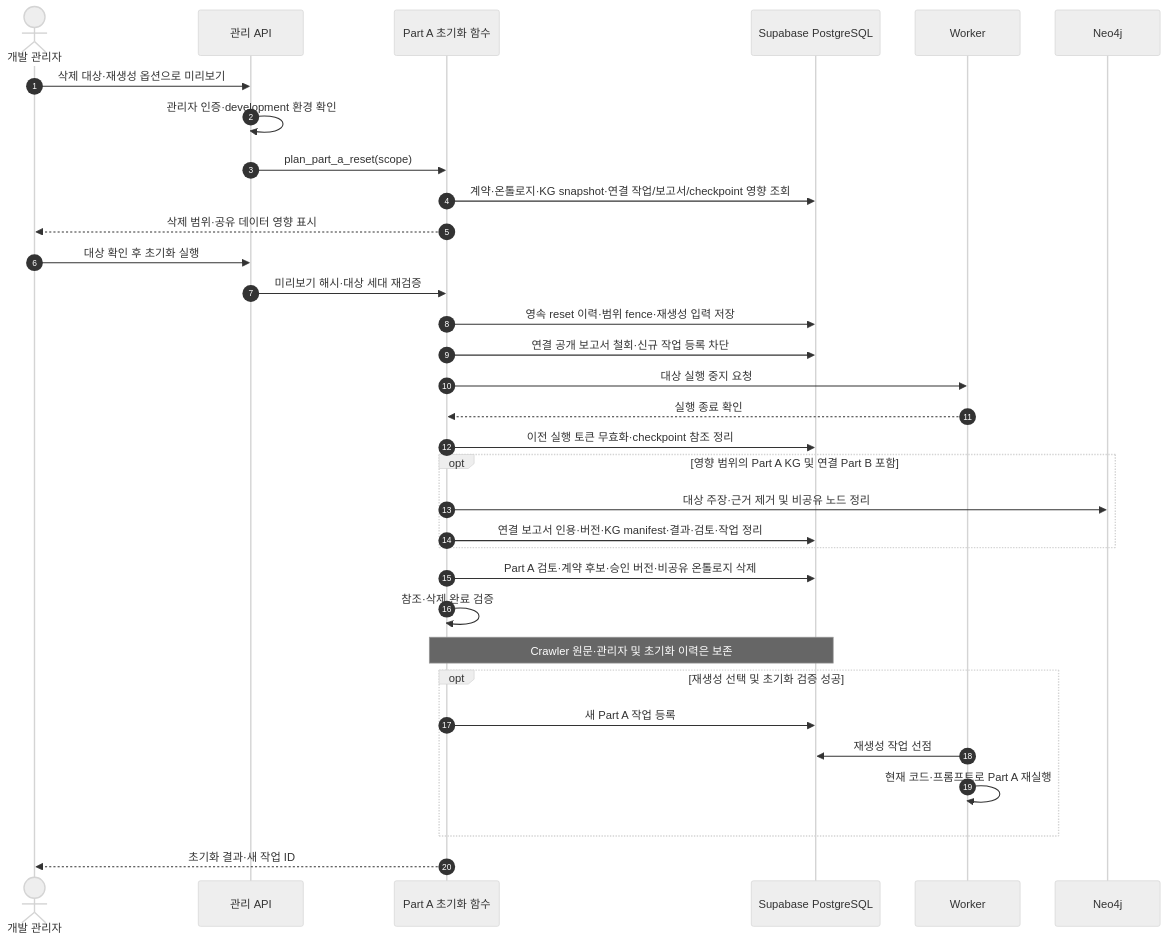
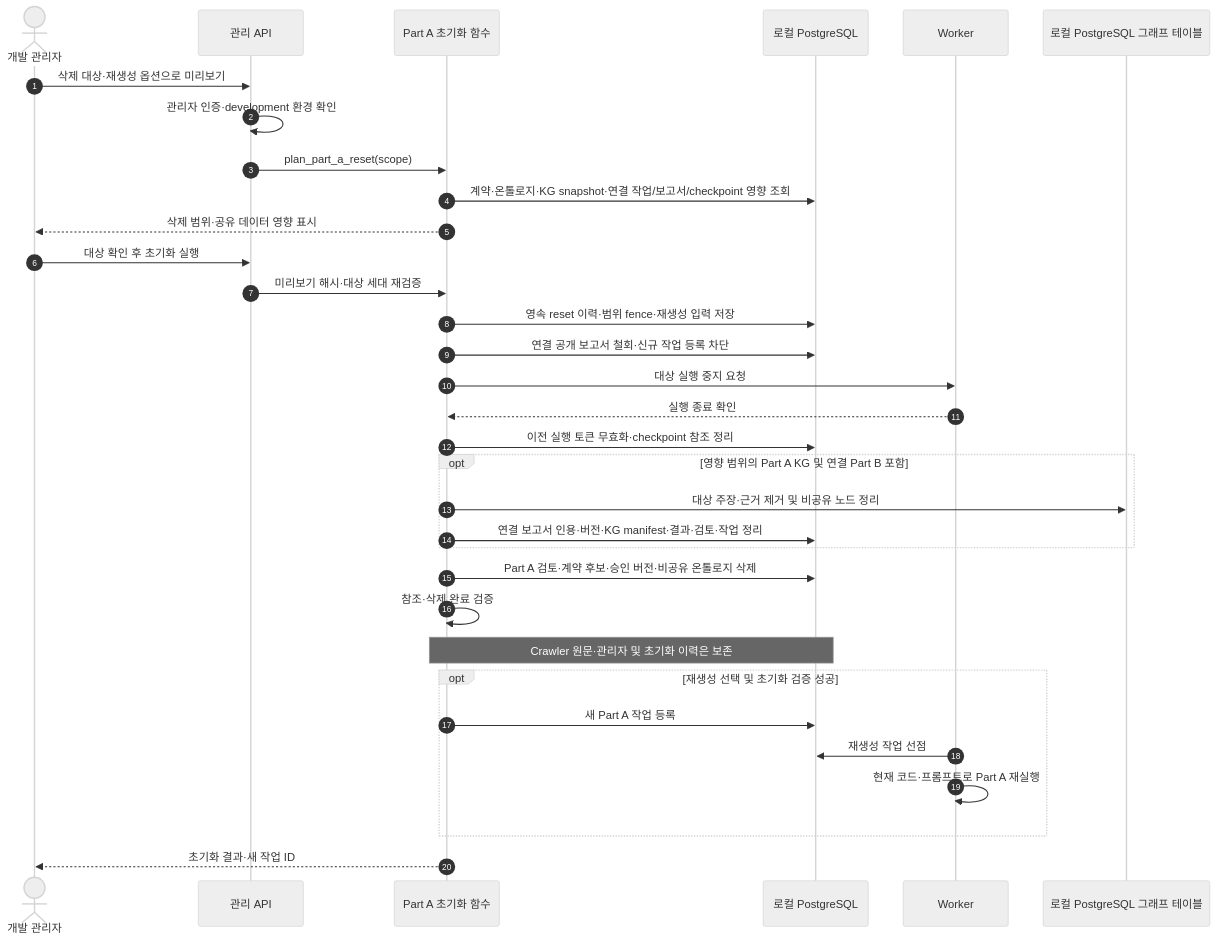
Before and after one commit to mykim711231/NewsContext: diagram 13 of 17 in docs/sequences.md, drawn with Mermaid (neutral theme). The commit also changed other lines of this file and 11 other files, not shown here.

First line of the commit message:
docs: store KG in local PostgreSQL graph tables, drop Neo4j

````diff
--- a/docs/sequences.md
+++ b/docs/sequences.md
@@ -480,35 +477,35 @@
 ```mermaid
 sequenceDiagram
     autonumber
     actor Admin as 개발 관리자
     participant API as 관리 API
     participant Reset as Part A 초기화 함수
-    participant DB as Supabase PostgreSQL
+    participant DB as 로컬 PostgreSQL
     participant Worker as Worker
-    participant KG as Neo4j
+    participant KG as 로컬 PostgreSQL 그래프 테이블
     Admin->>API: 삭제 대상·재생성 옵션으로 미리보기
     API->>API: 관리자 인증·development 환경 확인
     API->>Reset: plan_part_a_reset(scope)
     Reset->>DB: 계약·온톨로지·KG snapshot·연결 작업/보고서/checkpoint 영향 조회
     Reset-->>Admin: 삭제 범위·공유 데이터 영향 표시
     Admin->>API: 대상 확인 후 초기화 실행
     API->>Reset: 미리보기 해시·대상 세대 재검증
     Reset->>DB: 영속 reset 이력·범위 fence·재생성 입력 저장
     Reset->>DB: 연결 공개 보고서 철회·신규 작업 등록 차단
     Reset->>Worker: 대상 실행 중지 요청
     Worker-->>Reset: 실행 종료 확인
     Reset->>DB: 이전 실행 토큰 무효화·checkpoint 참조 정리
     opt 영향 범위의 Part A KG 및 연결 Part B 포함
         Reset->>KG: 대상 주장·근거 제거 및 비공유 노드 정리
         Reset->>DB: 연결 보고서 인용·버전·KG manifest·결과·검토·작업 정리
     end
     Reset->>DB: Part A 검토·계약 후보·승인 버전·비공유 온톨로지 삭제
     Reset->>Reset: 참조·삭제 완료 검증
     Note over Reset,DB: Crawler 원문·관리자 및 초기화 이력은 보존
     opt 재생성 선택 및 초기화 검증 성공
         Reset->>DB: 새 Part A 작업 등록
         Worker->>DB: 재생성 작업 선점
         Worker->>Worker: 현재 코드·프롬프트로 Part A 재실행
     end
     Reset-->>Admin: 초기화 결과·새 작업 ID
 ```
````
